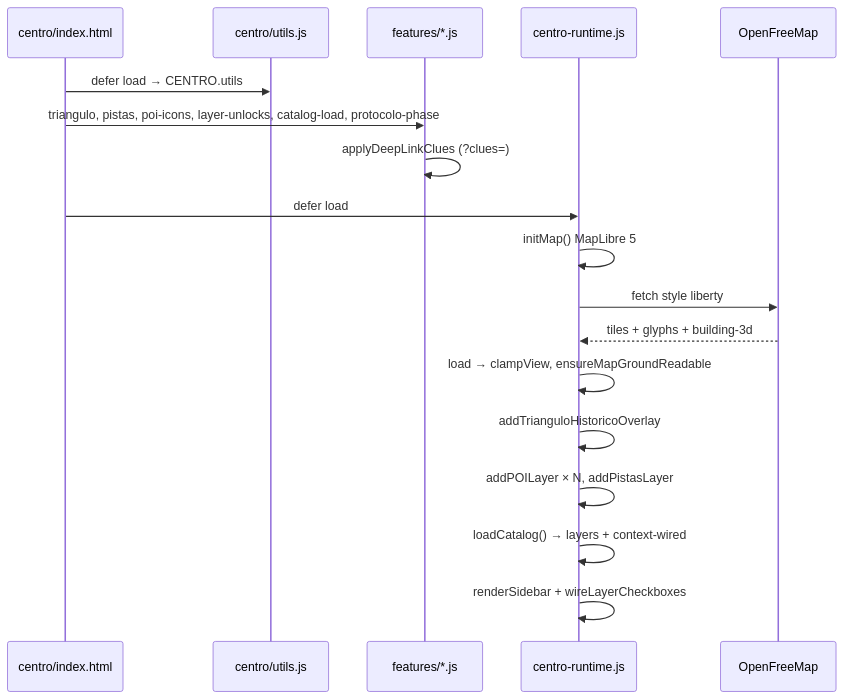
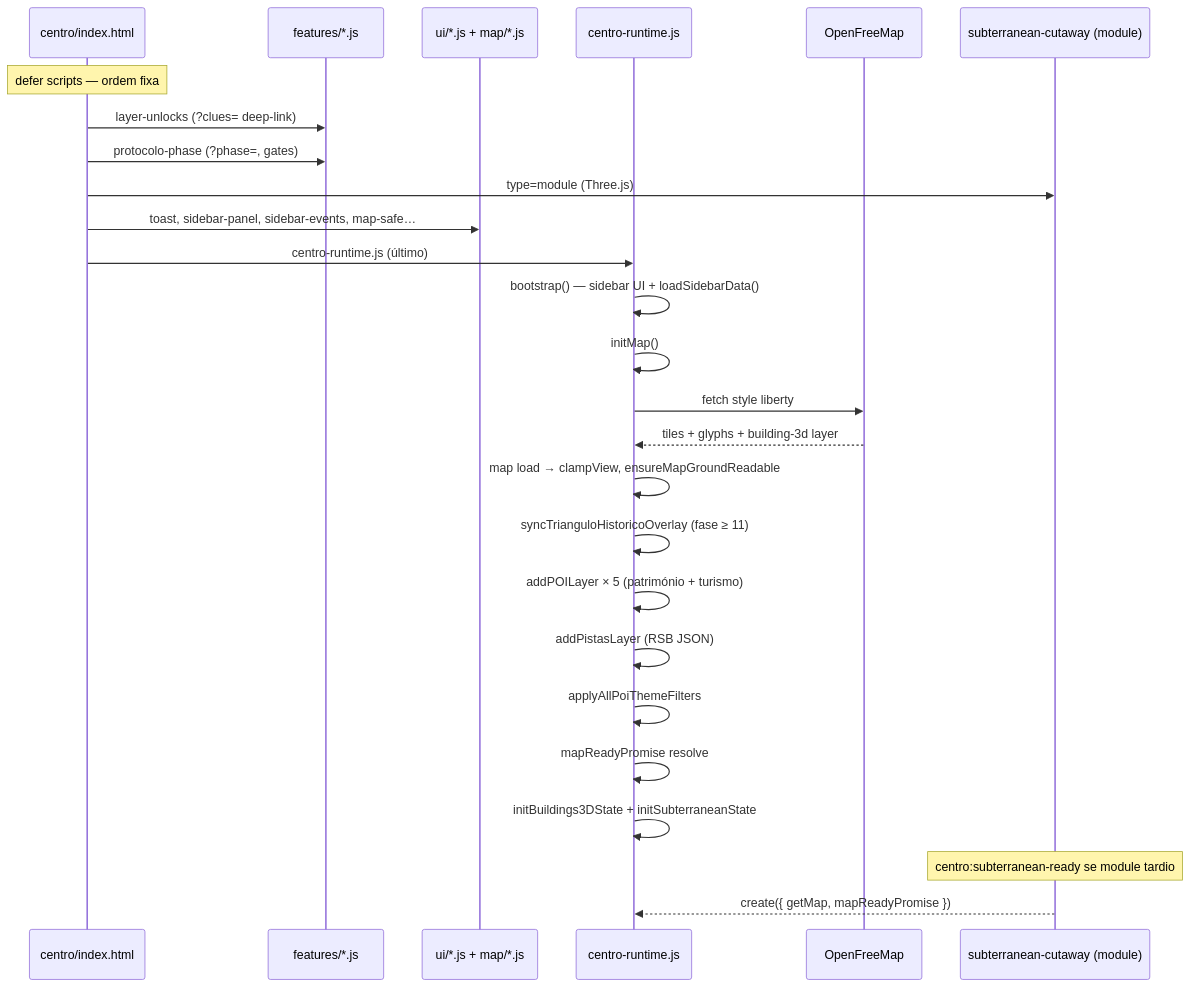
Before and after one commit to ewaguerra/dossie_centro: the diagram in docs/architecture/map-init-flow.md, drawn with Mermaid. The commit also changed other lines of this file and 3 other files, not shown here.

First line of the commit message:
Document map init flow and runtime refactor plan (R1-R6).

````diff
--- a/docs/architecture/map-init-flow.md
+++ b/docs/architecture/map-init-flow.md
@@ -5,21 +15,32 @@
 ```mermaid
 sequenceDiagram
   participant HTML as centro/index.html
-  participant Utils as centro/utils.js
   participant Feat as features/*.js
+  participant UI as ui/*.js + map/*.js
   participant RT as centro-runtime.js
   participant OFM as OpenFreeMap
+  participant Sub as subterranean-cutaway (module)
 
-  HTML->>Utils: defer load → CENTRO.utils
-  HTML->>Feat: triangulo, pistas, poi-icons, layer-unlocks, catalog-load, protocolo-phase
-  Feat->>Feat: applyDeepLinkClues (?clues=)
-  HTML->>RT: defer load
-  RT->>RT: initMap() MapLibre 5
+  Note over HTML: defer scripts — ordem fixa
+  HTML->>Feat: layer-unlocks (?clues= deep-link)
+  HTML->>Feat: protocolo-phase (?phase=, gates)
+  HTML->>Sub: type=module (Three.js)
+  HTML->>UI: toast, sidebar-panel, sidebar-events, map-safe…
+  HTML->>RT: centro-runtime.js (último)
+
+  RT->>RT: bootstrap() — sidebar UI + loadSidebarData()
+  RT->>RT: initMap()
   RT->>OFM: fetch style liberty
-  OFM-->>RT: tiles + glyphs + building-3d
-  RT->>RT: load → clampView, ensureMapGroundReadable
-  RT->>RT: addTrianguloHistoricoOverlay
-  RT->>RT: addPOILayer × N, addPistasLayer
-  RT->>RT: loadCatalog() → layers + context-wired
-  RT->>RT: renderSidebar + wireLayerCheckboxes
+  OFM-->>RT: tiles + glyphs + building-3d layer
+
+  RT->>RT: map load → clampView, ensureMapGroundReadable
+  RT->>RT: syncTrianguloHistoricoOverlay (fase ≥ 11)
+  RT->>RT: addPOILayer × 5 (património + turismo)
+  RT->>RT: addPistasLayer (RSB JSON)
+  RT->>RT: applyAllPoiThemeFilters
+  RT->>RT: mapReadyPromise resolve
+  RT->>RT: initBuildings3DState + initSubterraneanState
+
+  Note over Sub: centro:subterranean-ready se module tardio
+  Sub-->>RT: create({ getMap, mapReadyPromise })
 ```
````
